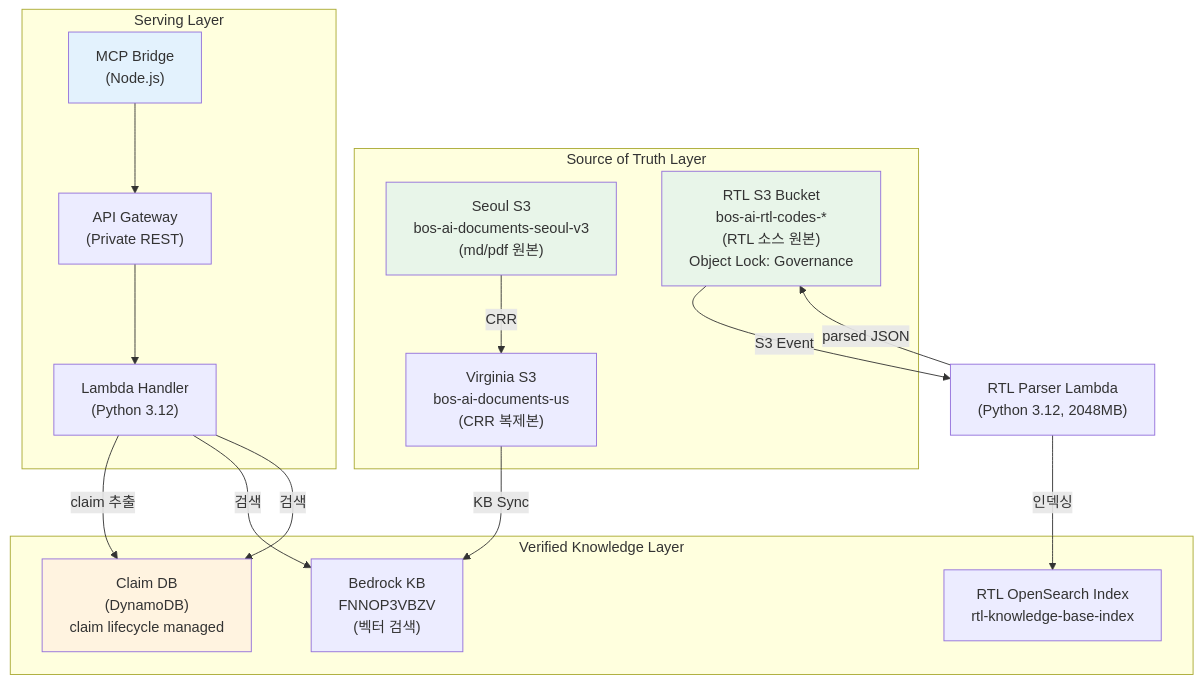
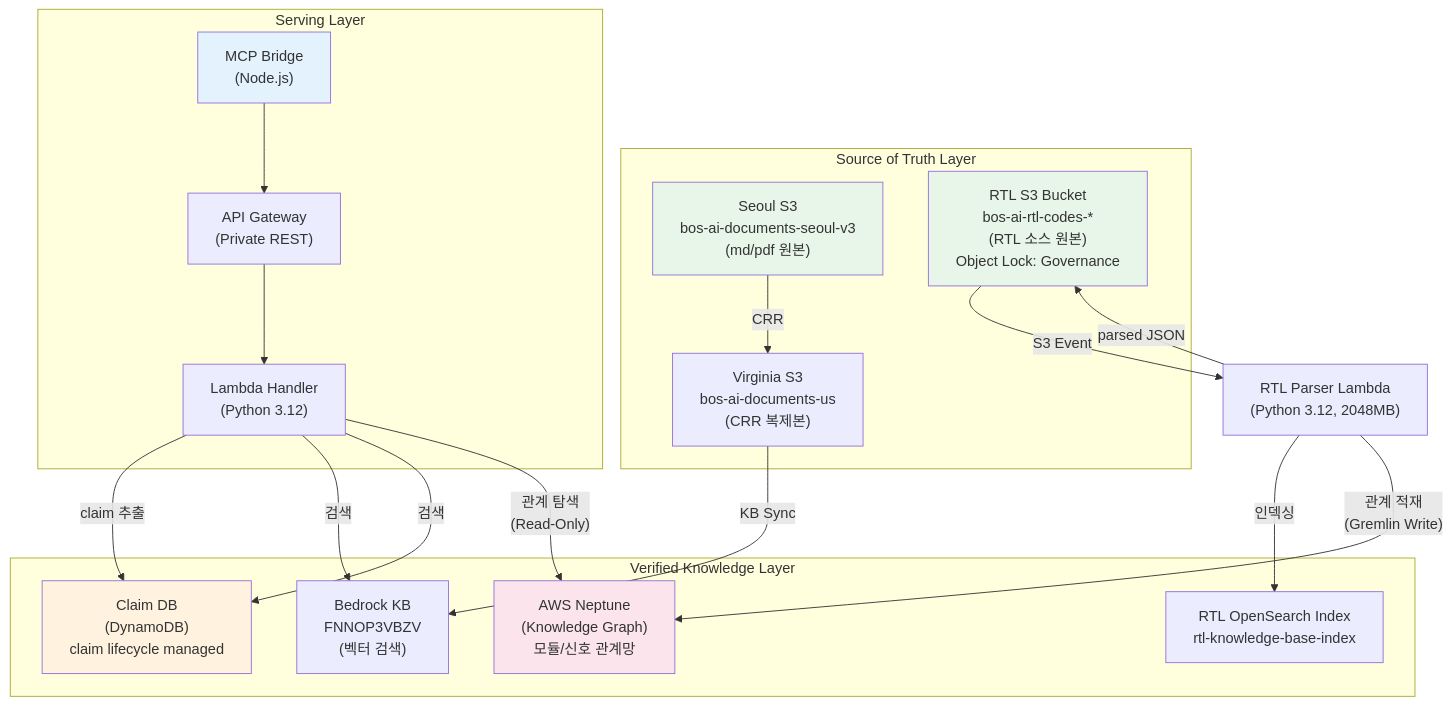
The first of 5 diagrams in .kiro/specs/8_enhanced-rag-optimization/design.md (yota0227/aws_private_rag-public-), drawn with Mermaid before and after one commit. The commit also changed other lines of this file and 8 other files, not shown here.

First line of the commit message:
fix: apply architecture review - Neptune diagrams, Write IAM, SG rules, Fallback, Property 25

````diff
--- a/.kiro/specs/8_enhanced-rag-optimization/design.md
+++ b/.kiro/specs/8_enhanced-rag-optimization/design.md
@@ -66,36 +69,40 @@
 ```mermaid
 graph TB
     subgraph "Source of Truth Layer"
         Seoul_S3["Seoul S3<br/>bos-ai-documents-seoul-v3<br/>(md/pdf 원본)"]
         RTL_S3["RTL S3 Bucket<br/>bos-ai-rtl-codes-*<br/>(RTL 소스 원본)<br/>Object Lock: Governance"]
         Virginia_S3["Virginia S3<br/>bos-ai-documents-us<br/>(CRR 복제본)"]
     end
 
     subgraph "Verified Knowledge Layer"
         Claim_DB["Claim DB<br/>(DynamoDB)<br/>claim lifecycle managed"]
         RTL_OS["RTL OpenSearch Index<br/>rtl-knowledge-base-index"]
         Bedrock_KB["Bedrock KB<br/>FNNOP3VBZV<br/>(벡터 검색)"]
+        Neptune_DB["AWS Neptune<br/>(Knowledge Graph)<br/>모듈/신호 관계망"]
     end
 
     subgraph "Serving Layer"
         MCP["MCP Bridge<br/>(Node.js)"]
         APIGW["API Gateway<br/>(Private REST)"]
         Lambda["Lambda Handler<br/>(Python 3.12)"]
     end
 
     Seoul_S3 -->|CRR| Virginia_S3
     Virginia_S3 -->|KB Sync| Bedrock_KB
     RTL_S3 -->|S3 Event| RTL_Parser
     RTL_Parser["RTL Parser Lambda<br/>(Python 3.12, 2048MB)"] -->|인덱싱| RTL_OS
     RTL_Parser -->|parsed JSON| RTL_S3
+    RTL_Parser -->|"관계 적재<br/>(Gremlin Write)"| Neptune_DB
 
     Lambda -->|claim 추출| Claim_DB
     Lambda -->|검색| Bedrock_KB
     Lambda -->|검색| Claim_DB
+    Lambda -->|"관계 탐색<br/>(Read-Only)"| Neptune_DB
     MCP --> APIGW --> Lambda
 
     style Seoul_S3 fill:#e8f5e9
     style RTL_S3 fill:#e8f5e9
     style Claim_DB fill:#fff3e0
+    style Neptune_DB fill:#fce4ec
     style MCP fill:#e3f2fd
 ```
````
